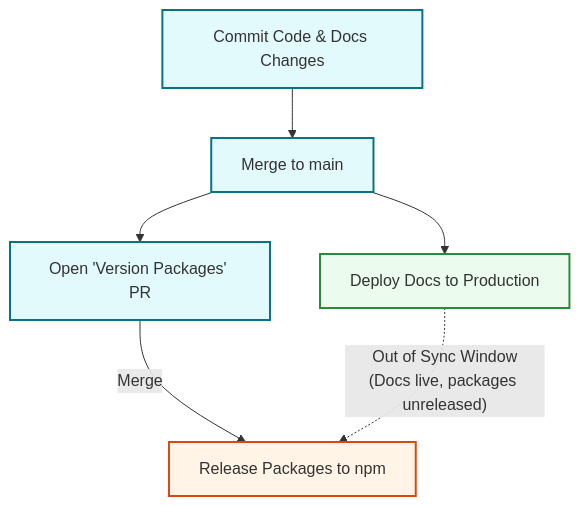
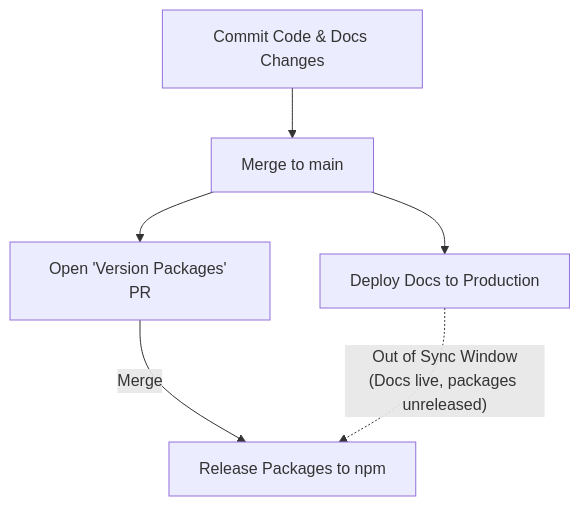
The first of 5 diagrams in docs/adr/0006-branching-and-release-flow.md (yamcodes/arkenv), drawn with Mermaid before and after one commit. The commit also changed other lines of this file, not shown here.

Commit message:
refactor: remove Mermaid class definitions and styling from ADR branching flow diagrams

````diff
--- a/docs/adr/0006-branching-and-release-flow.md
+++ b/docs/adr/0006-branching-and-release-flow.md
@@ -21,13 +21,9 @@
 ```mermaid
 graph TD
-    classDef main fill:#e3fafc,stroke:#0b7285,stroke-width:2px;
-    classDef deploy fill:#ebfbee,stroke:#2b8a3e,stroke-width:2px;
-    classDef release fill:#fff4e6,stroke:#d9480f,stroke-width:2px;
-    
-    A[Commit Code & Docs Changes]:::main --> B[Merge to main]:::main
-    B --> C[Deploy Docs to Production]:::deploy
-    B --> D["Open 'Version Packages' PR"]:::main
-    D -->|Merge| E[Release Packages to npm]:::release
+    A[Commit Code & Docs Changes] --> B[Merge to main]
+    B --> C[Deploy Docs to Production]
+    B --> D["Open 'Version Packages' PR"]
+    D -->|Merge| E[Release Packages to npm]
     
     C -.->|"Out of Sync Window<br/>(Docs live, packages unreleased)"| E
 ```
````
